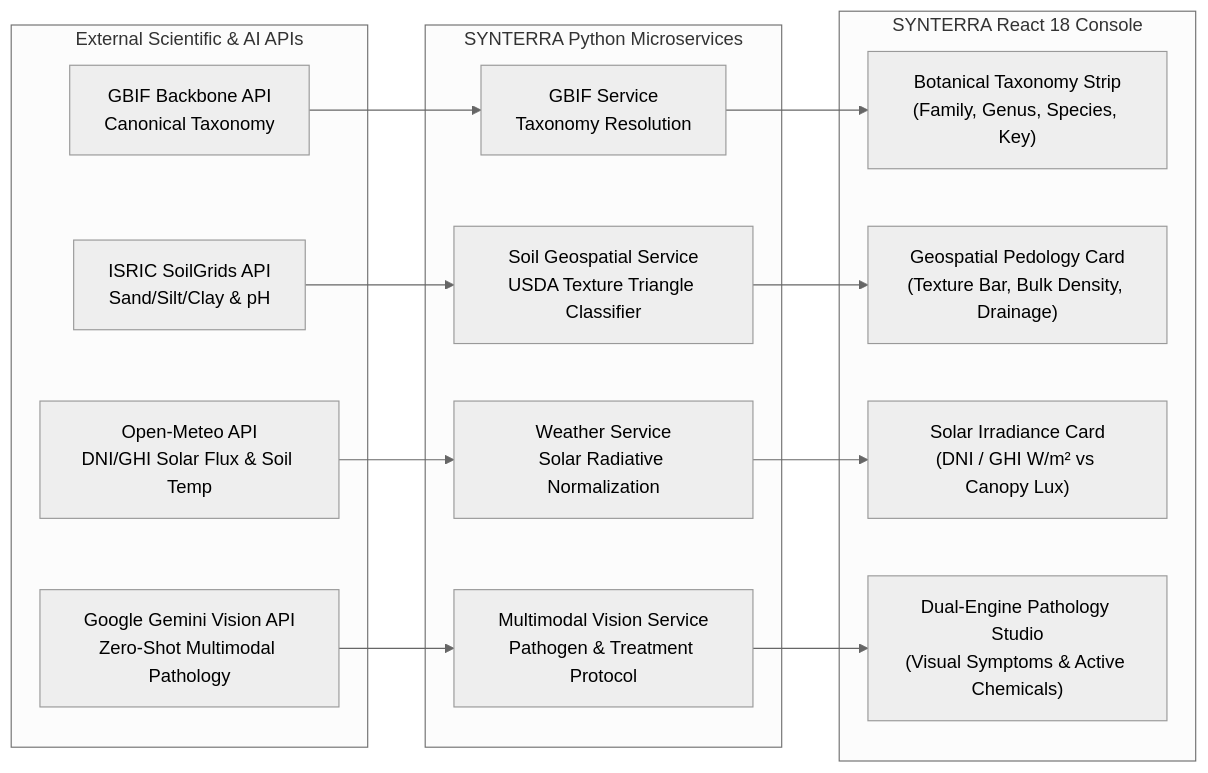
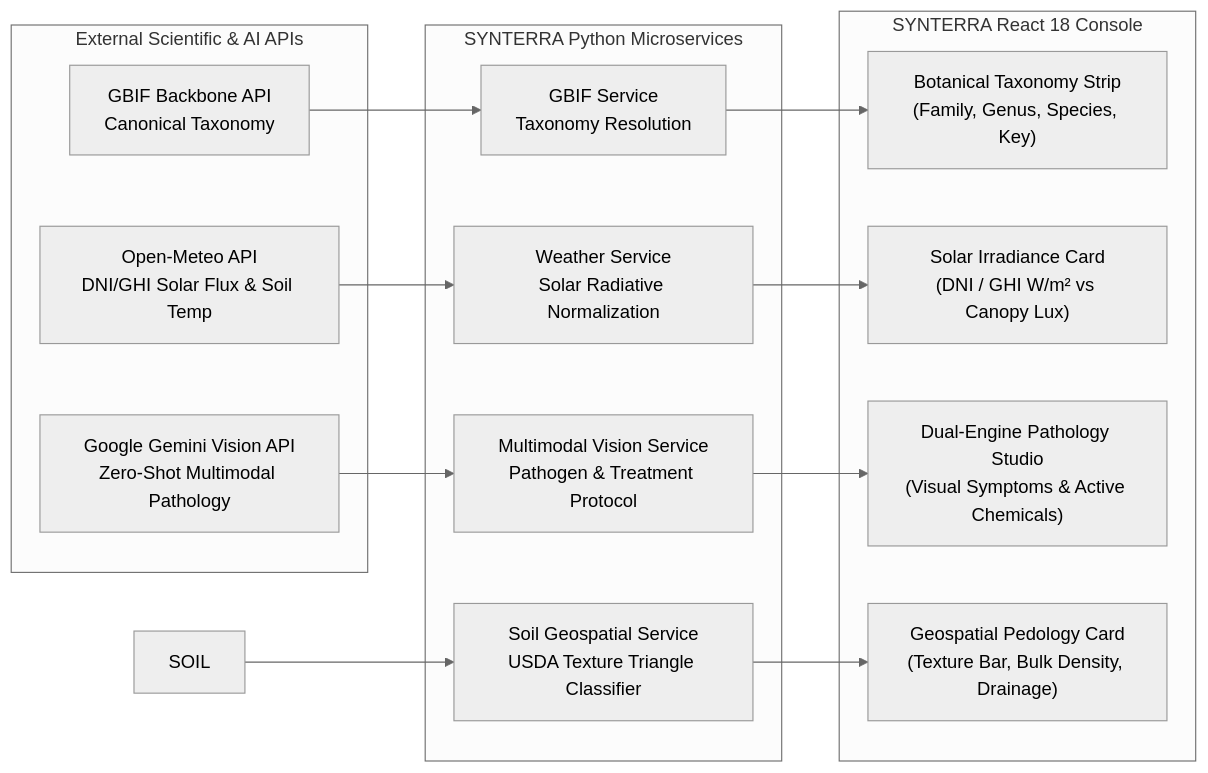
The sixth of 6 diagrams in README.md (sam-black007/SYNTERRA), drawn with Mermaid (neutral theme) before and after one commit. The commit also changed other lines of this file and 6 other files, not shown here.

Commit message:
Remove ISRIC Pedological Soil Classification and stream Solar Radiative Flux full-width

````diff
--- a/README.md
+++ b/README.md
@@ -641,28 +627,27 @@
 ```mermaid
 flowchart LR
     subgraph External_APIs ["External Scientific & AI APIs"]
         GBIF["GBIF Backbone API<br/>Canonical Taxonomy"]
-        SOIL["ISRIC SoilGrids API<br/>Sand/Silt/Clay & pH"]
         METEO["Open-Meteo API<br/>DNI/GHI Solar Flux & Soil Temp"]
         GEMINI["Google Gemini Vision API<br/>Zero-Shot Multimodal Pathology"]
     end
 
     subgraph Backend_Services ["SYNTERRA Python Microservices"]
         G_SVC["GBIF Service<br/>Taxonomy Resolution"]
         S_SVC["Soil Geospatial Service<br/>USDA Texture Triangle Classifier"]
         W_SVC["Weather Service<br/>Solar Radiative Normalization"]
         M_SVC["Multimodal Vision Service<br/>Pathogen & Treatment Protocol"]
     end
 
     subgraph Live_UI ["SYNTERRA React 18 Console"]
         UI_GBIF["Botanical Taxonomy Strip<br/>(Family, Genus, Species, Key)"]
         UI_SOIL["Geospatial Pedology Card<br/>(Texture Bar, Bulk Density, Drainage)"]
         UI_SOLAR["Solar Irradiance Card<br/>(DNI / GHI W/m² vs Canopy Lux)"]
         UI_DIAG["Dual-Engine Pathology Studio<br/>(Visual Symptoms & Active Chemicals)"]
     end
 
     GBIF --> G_SVC --> UI_GBIF
     SOIL --> S_SVC --> UI_SOIL
     METEO --> W_SVC --> UI_SOLAR
     GEMINI --> M_SVC --> UI_DIAG
 ```
````
